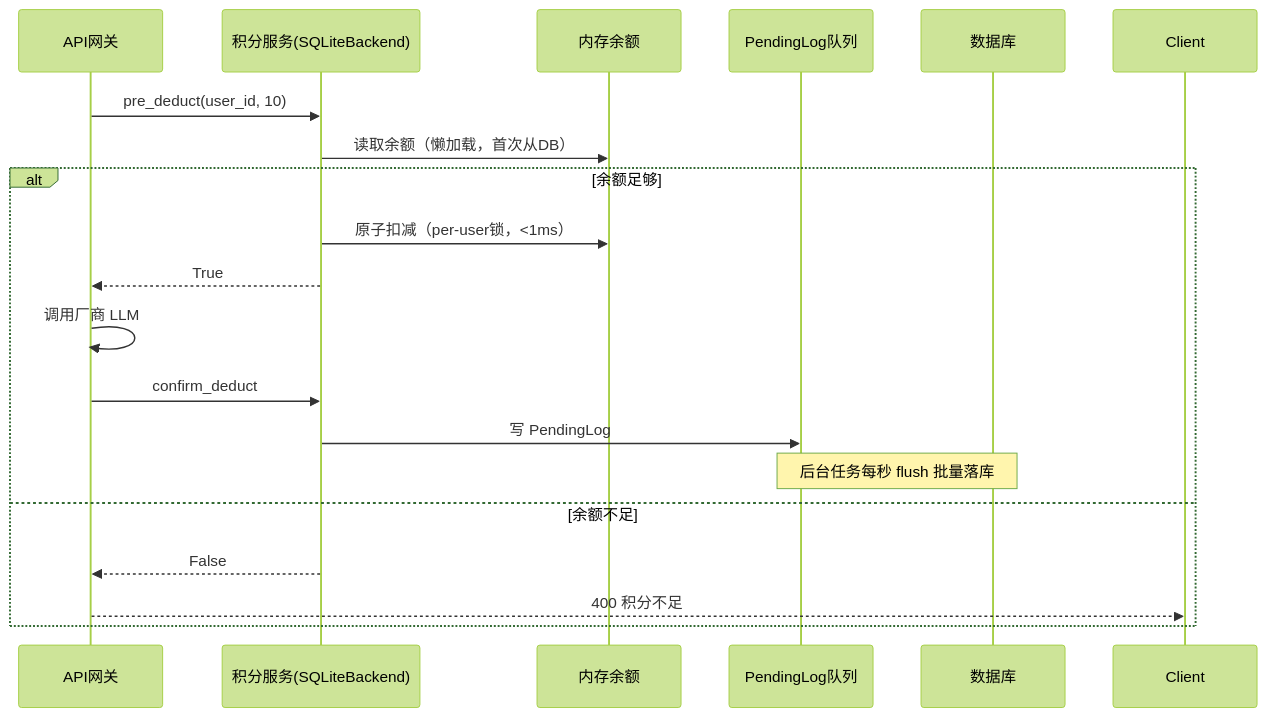
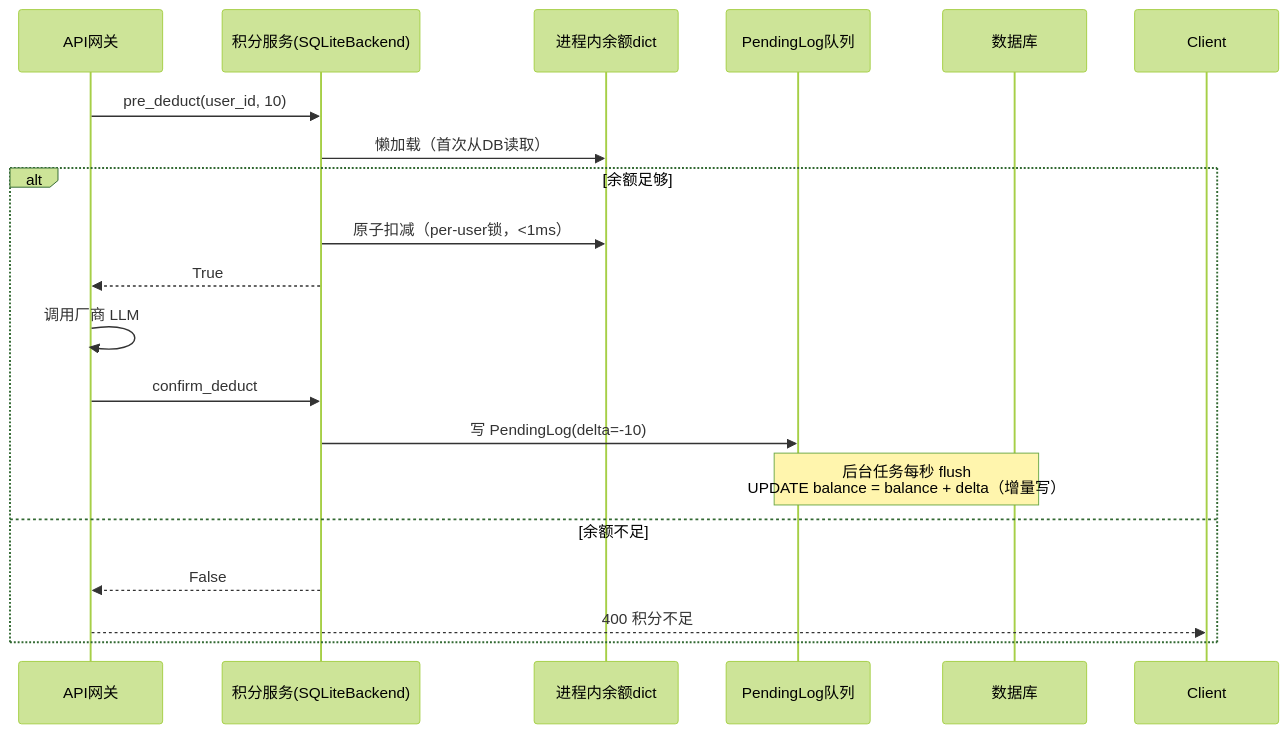
Before and after one commit to wang001/codingPlanShare: the fifth of 6 diagrams in tech-doc.md, drawn with Mermaid (forest theme). The commit also changed other lines of this file, not shown here.

````diff
--- a/tech-doc.md
+++ b/tech-doc.md
@@ -788,22 +801,22 @@
 ```mermaid
 sequenceDiagram
     participant API as API网关
     participant Points as 积分服务(SQLiteBackend)
-    participant Mem as 内存余额
+    participant Mem as 进程内余额dict
     participant Queue as PendingLog队列
     participant DB as 数据库
 
     API->>Points: pre_deduct(user_id, 10)
-    Points->>Mem: 读取余额（懒加载，首次从DB）
+    Points->>Mem: 懒加载（首次从DB读取）
     alt 余额足够
         Points->>Mem: 原子扣减（per-user锁，<1ms）
         Points-->>API: True
         API->>API: 调用厂商 LLM
         API->>Points: confirm_deduct
-        Points->>Queue: 写 PendingLog
-        Note over Queue,DB: 后台任务每秒 flush 批量落库
+        Points->>Queue: 写 PendingLog(delta=-10)
+        Note over Queue,DB: 后台任务每秒 flush<br/>UPDATE balance = balance + delta（增量写）
     else 余额不足
         Points-->>API: False
         API-->>Client: 400 积分不足
     end
 ```
````
